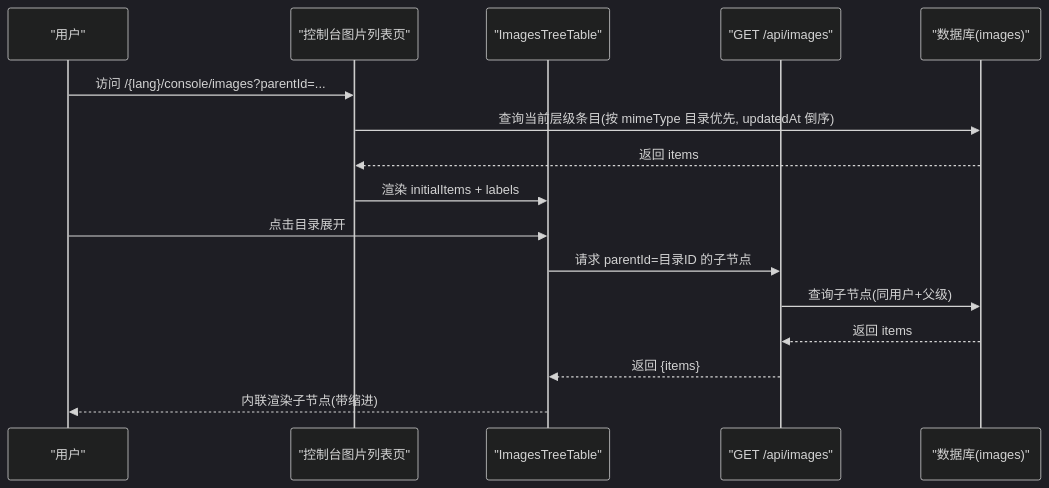
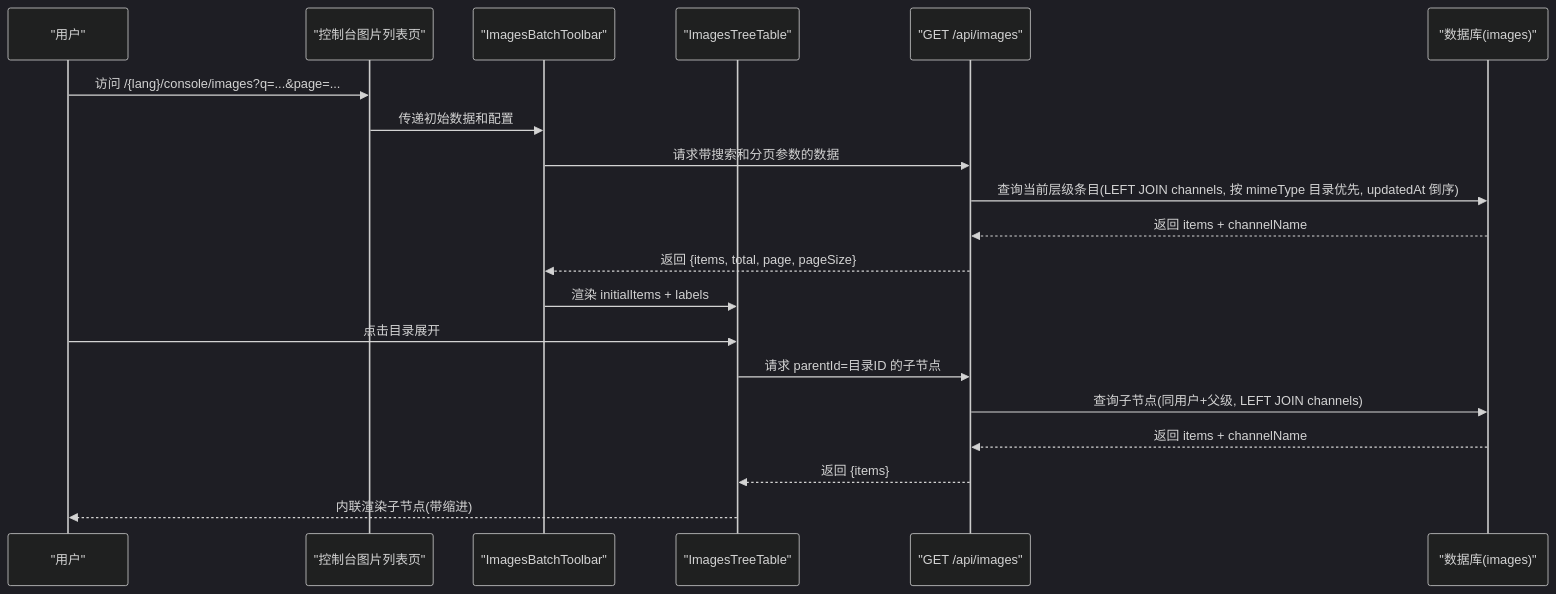
The second of 7 diagrams in .qoder/repowiki/zh/content/前端组件/图片树形表格组件.md (pnnh/weable), drawn with Mermaid (dark theme) before and after one commit. The commit also changed other lines of this file and 154 other files, not shown here.

````diff
--- a/.qoder/repowiki/zh/content/前端组件/图片树形表格组件.md
+++ b/.qoder/repowiki/zh/content/前端组件/图片树形表格组件.md
@@ -122,18 +132,22 @@
 ```mermaid
 sequenceDiagram
 participant U as "用户"
 participant P as "控制台图片列表页"
+participant B as "ImagesBatchToolbar"
 participant T as "ImagesTreeTable"
 participant API as "GET /api/images"
 participant DB as "数据库(images)"
-U->>P : 访问 /{lang}/console/images?parentId=...
-P->>DB : 查询当前层级条目(按 mimeType 目录优先, updatedAt 倒序)
-DB-->>P : 返回 items
-P->>T : 渲染 initialItems + labels
+U->>P : 访问 /{lang}/console/images?q=...&page=...
+P->>B : 传递初始数据和配置
+B->>API : 请求带搜索和分页参数的数据
+API->>DB : 查询当前层级条目(LEFT JOIN channels, 按 mimeType 目录优先, updatedAt 倒序)
+DB-->>API : 返回 items + channelName
+API-->>B : 返回 {items, total, page, pageSize}
+B->>T : 渲染 initialItems + labels
 U->>T : 点击目录展开
 T->>API : 请求 parentId=目录ID 的子节点
-API->>DB : 查询子节点(同用户+父级)
-DB-->>API : 返回 items
+API->>DB : 查询子节点(同用户+父级, LEFT JOIN channels)
+DB-->>API : 返回 items + channelName
 API-->>T : 返回 {items}
 T-->>U : 内联渲染子节点(带缩进)
 ```
````
